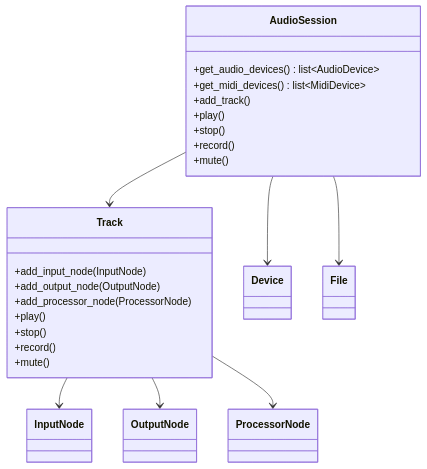
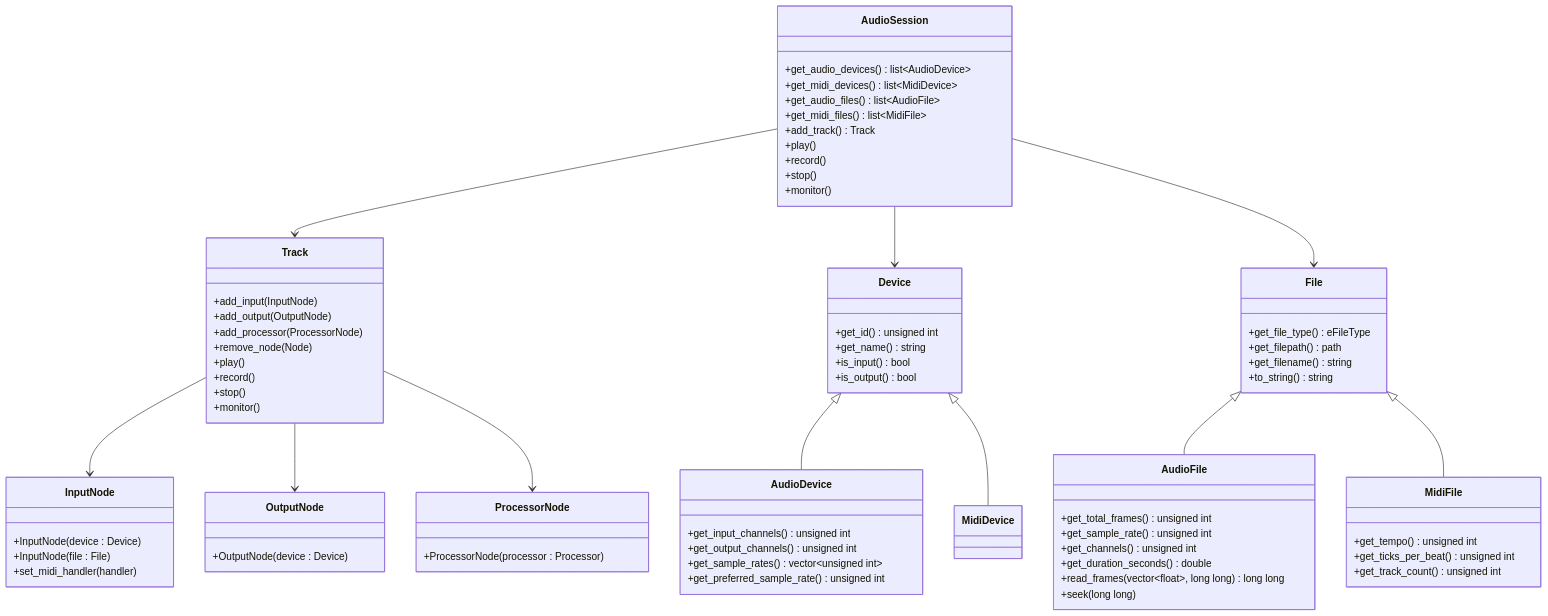
Before and after one commit to aidan-clyens/miniaudioengine: diagram 14 of 21 in docs/DESIGN_DOC.md, drawn with Mermaid. The commit also changed other lines of this file and 1 other file, not shown here.

````diff
--- a/docs/DESIGN_DOC.md
+++ b/docs/DESIGN_DOC.md
@@ -502,28 +569,87 @@
     class AudioSession {
         +get_audio_devices() list~AudioDevice~
         +get_midi_devices() list~MidiDevice~
-        +add_track()
+        +get_audio_files() list~AudioFile~
+        +get_midi_files() list~MidiFile~
+        +add_track() Track
         +play()
+        +record()
         +stop()
-        +record()
-        +mute()
+        +monitor()
     }
 
     class Track {
-        +add_input_node(InputNode)
-        +add_output_node(OutputNode)
-        +add_processor_node(ProcessorNode)
+        +add_input(InputNode)
+        +add_output(OutputNode)
+        +add_processor(ProcessorNode)
+        +remove_node(Node)
         +play()
+        +record()
         +stop()
-        +record()
-        +mute()
+        +monitor()
     }
 
-    Track --> InputNode
-    Track --> OutputNode
-    Track --> ProcessorNode
+    class InputNode {
+        +InputNode(device : Device)
+        +InputNode(file : File)
+        +set_midi_handler(handler)
+    }
+
+    class OutputNode {
+        +OutputNode(device : Device)
+    }
+
+    class ProcessorNode {
+        +ProcessorNode(processor : Processor)
+    }
+
+    class Device {
+        +get_id() unsigned int
+        +get_name() string
+        +is_input() bool
+        +is_output() bool
+    }
+
+    class AudioDevice {
+        +get_input_channels() unsigned int
+        +get_output_channels() unsigned int
+        +get_sample_rates() vector~unsigned int~
+        +get_preferred_sample_rate() unsigned int
+    }
+
+    class MidiDevice {
+    }
+
+    class File {
+        +get_file_type() eFileType
+        +get_filepath() path
+        +get_filename() string
+        +to_string() string
+    }
+
+    class AudioFile {
+        +get_total_frames() unsigned int
+        +get_sample_rate() unsigned int
+        +get_channels() unsigned int
+        +get_duration_seconds() double
+        +read_frames(vector~float~, long long) long long
+        +seek(long long)
+    }
+
+    class MidiFile {
+        +get_tempo() unsigned int
+        +get_ticks_per_beat() unsigned int
+        +get_track_count() unsigned int
+    }
 
     AudioSession --> Track
     AudioSession --> Device
     AudioSession --> File
+    Track --> InputNode
+    Track --> OutputNode
+    Track --> ProcessorNode
+    Device <|-- AudioDevice
+    Device <|-- MidiDevice
+    File <|-- AudioFile
+    File <|-- MidiFile
 ```
````
